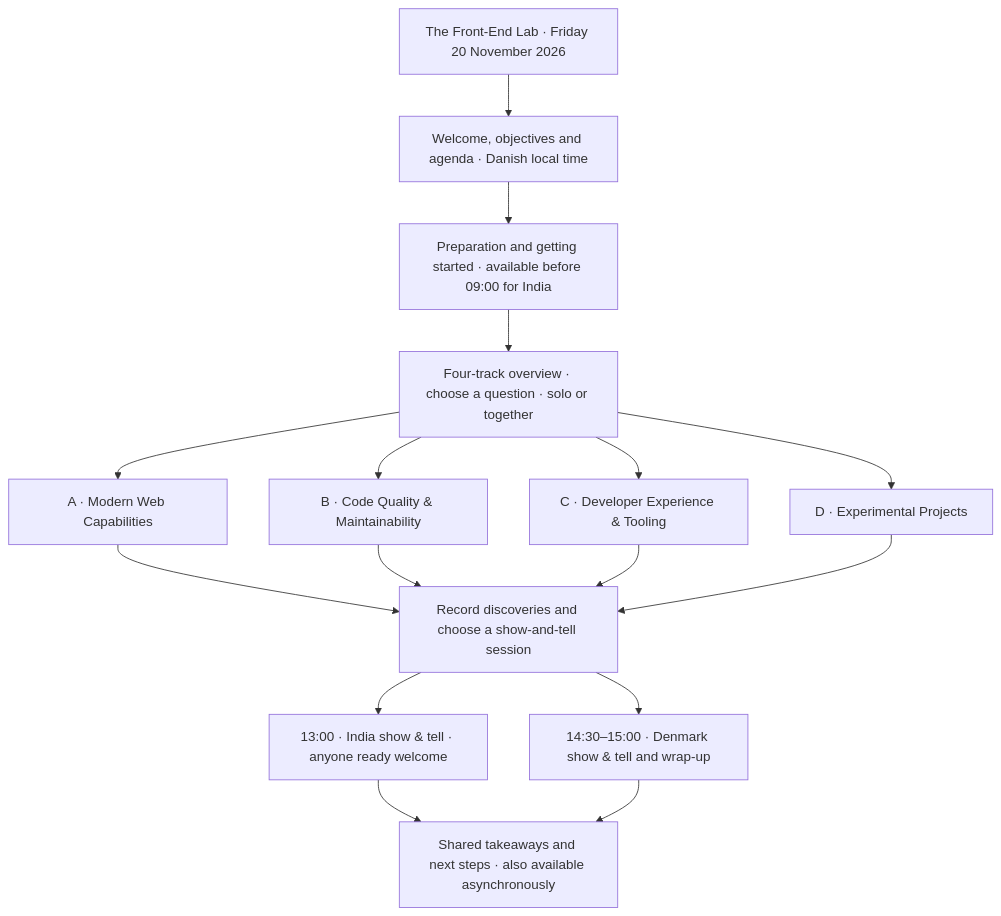
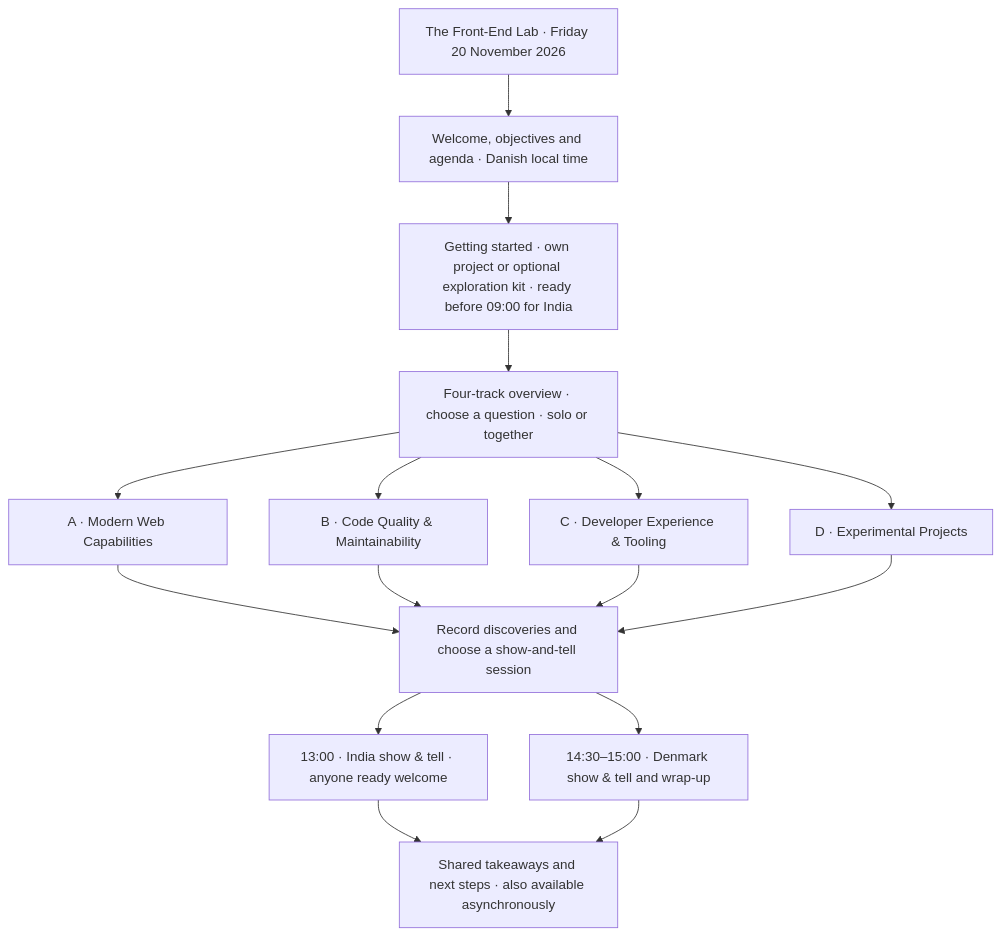
Before and after one commit to mortenbroesby/frontend-lab: the diagram in whiteboard/structure.mmd, drawn with Mermaid. The commit also changed 35 other files, not shown here.

Commit message:
feat: add optional Front-End Lab exploration kit and journeys

```diff
--- a/whiteboard/structure.mmd
+++ b/whiteboard/structure.mmd
@@ -1,16 +1,16 @@
 flowchart TD
     W["The Front-End Lab · Friday 20 November 2026"] --> G["Welcome, objectives and agenda · Danish local time"]
-    G --> P["Preparation and getting started · available before 09:00 for India"]
+    G --> P["Getting started · own project or optional exploration kit · ready before 09:00 for India"]
     P --> S["Four-track overview · choose a question · solo or together"]
     S --> A["A · Modern Web Capabilities"]
     S --> B["B · Code Quality & Maintainability"]
     S --> C["C · Developer Experience & Tooling"]
     S --> D["D · Experimental Projects"]
     A --> F["Record discoveries and choose a show-and-tell session"]
     B --> F
     C --> F
     D --> F
     F --> I["13:00 · India show & tell · anyone ready welcome"]
     F --> K["14:30–15:00 · Denmark show & tell and wrap-up"]
     I --> R["Shared takeaways and next steps · also available asynchronously"]
     K --> R
```
